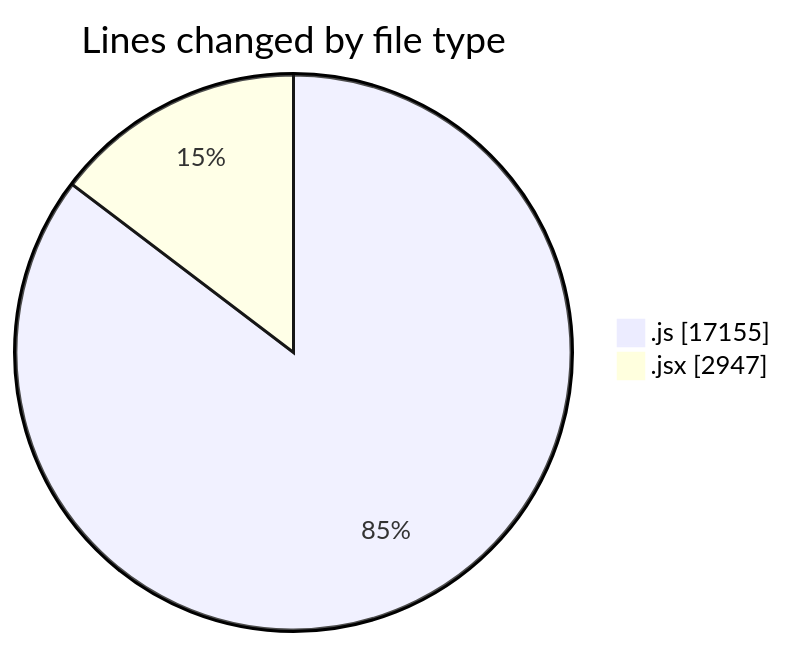
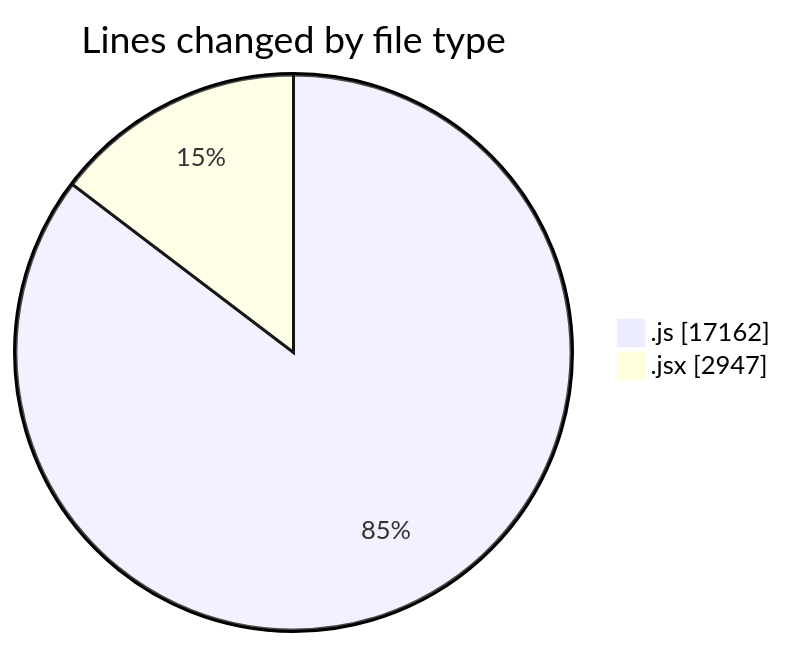
The first of 2 diagrams in 2025-09-26/nxtqube_webapp/README.md (nxtqubesakshisongat/code-tracking), drawn with Mermaid before and after one commit. The commit also changed other lines of this file and 1 other file, not shown here.

````diff
--- a/2025-09-26/nxtqube_webapp/README.md
+++ b/2025-09-26/nxtqube_webapp/README.md
@@ -27,6 +27,6 @@
 ```mermaid
 pie showData
 title Lines changed by file type
-".js" : 17155
+".js" : 17162
 ".jsx" : 2947
 ```
````
